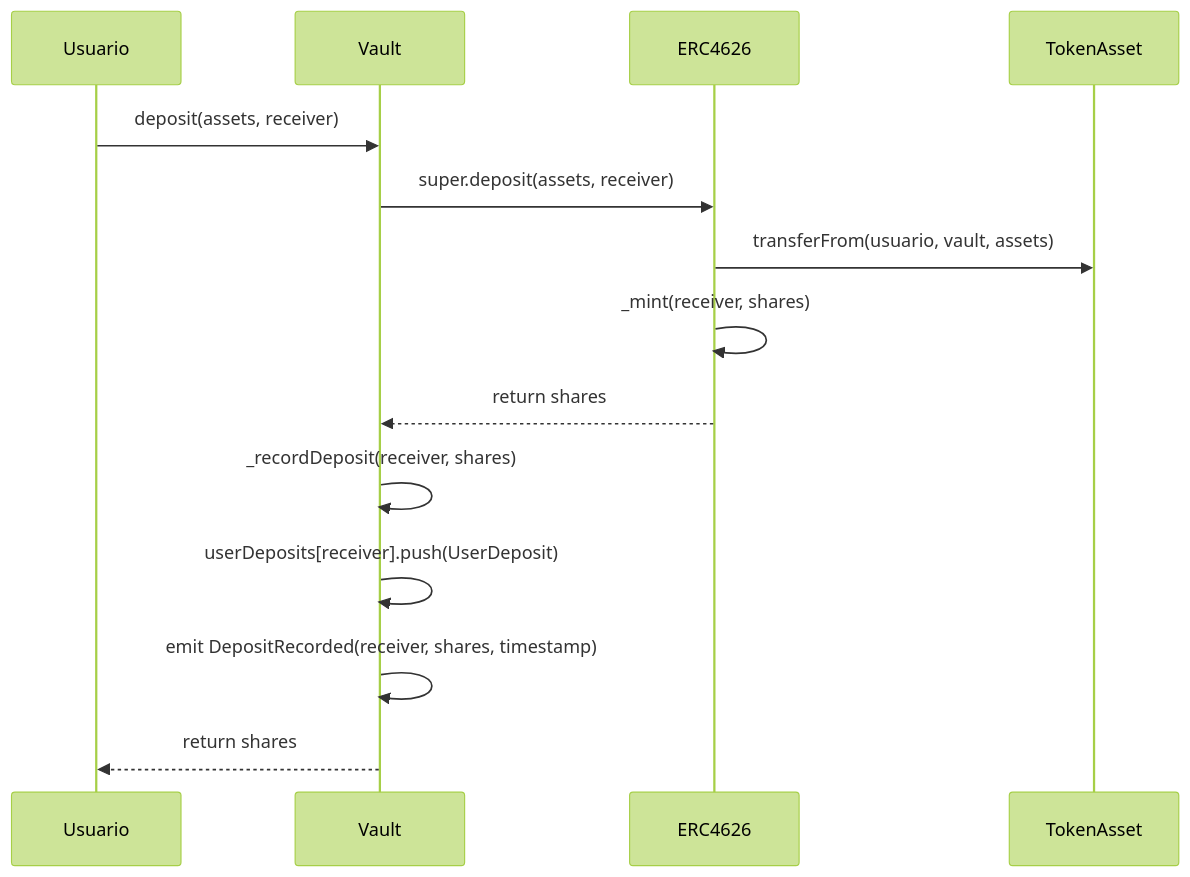
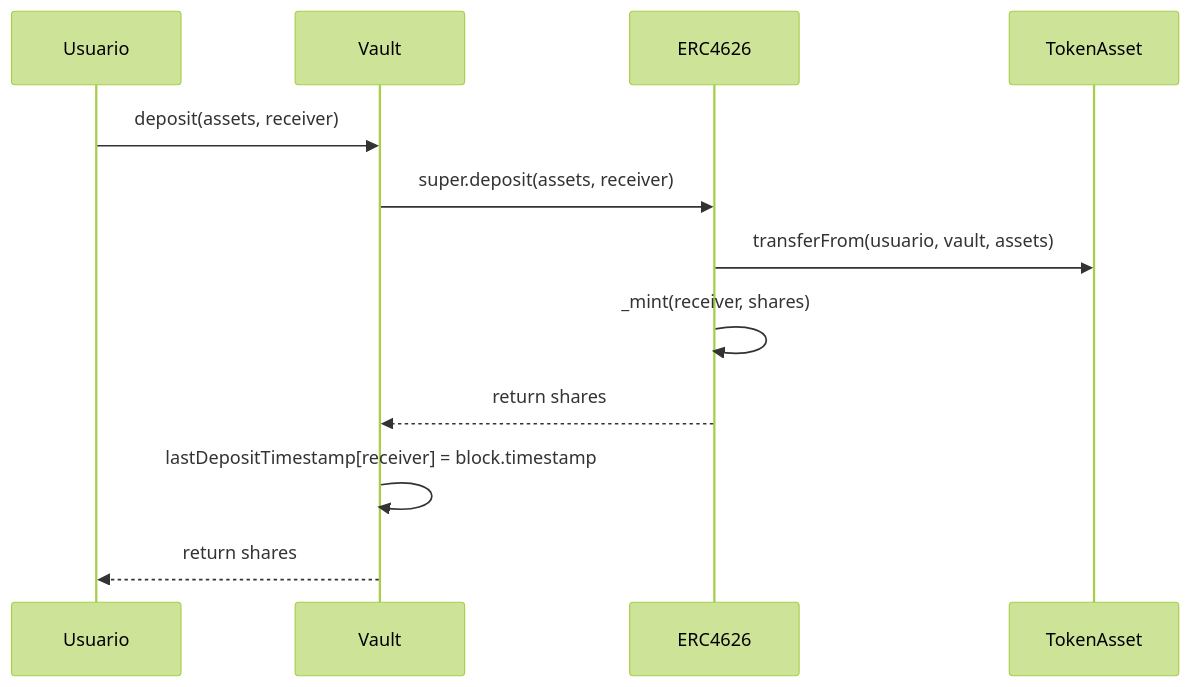
One commit to PelonClub/PelonClub-BaseNetwork-Monorepo changed the second of 5 diagrams in docs/es/pelon-staking-vault.md. Above: the diagram before and after it, drawn with Mermaid (forest theme). The commit also changed other lines of this file and 9 other files, not shown here.

````diff
--- a/docs/es/pelon-staking-vault.md
+++ b/docs/es/pelon-staking-vault.md
@@ -166,17 +123,15 @@
 ```mermaid
 sequenceDiagram
     participant Usuario
     participant Vault
     participant ERC4626
     participant TokenAsset
     
     Usuario->>Vault: deposit(assets, receiver)
     Vault->>ERC4626: super.deposit(assets, receiver)
     ERC4626->>TokenAsset: transferFrom(usuario, vault, assets)
     ERC4626->>ERC4626: _mint(receiver, shares)
     ERC4626-->>Vault: return shares
-    Vault->>Vault: _recordDeposit(receiver, shares)
-    Vault->>Vault: userDeposits[receiver].push(UserDeposit)
-    Vault->>Vault: emit DepositRecorded(receiver, shares, timestamp)
+    Vault->>Vault: lastDepositTimestamp[receiver] = block.timestamp
     Vault-->>Usuario: return shares
 ```
````
